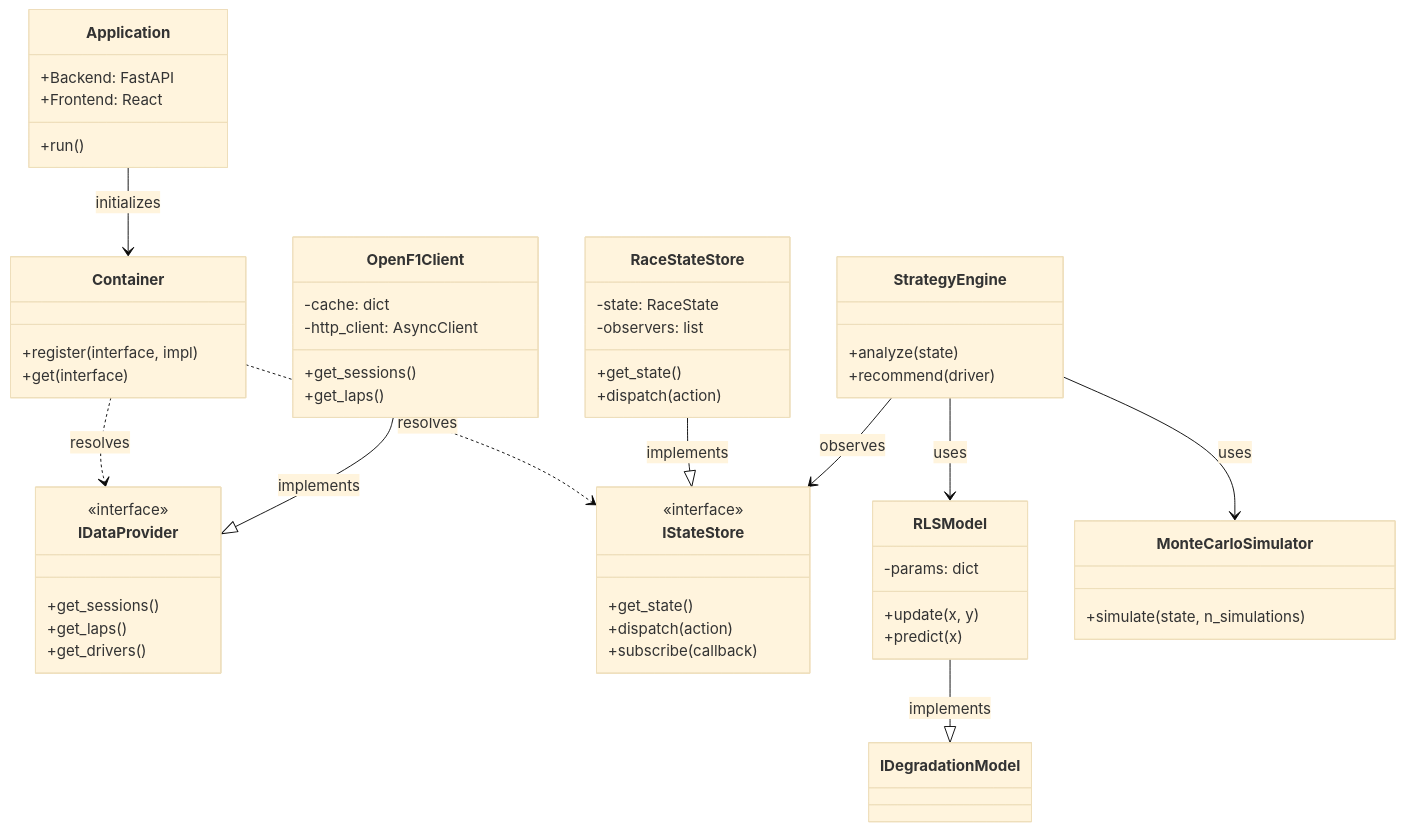
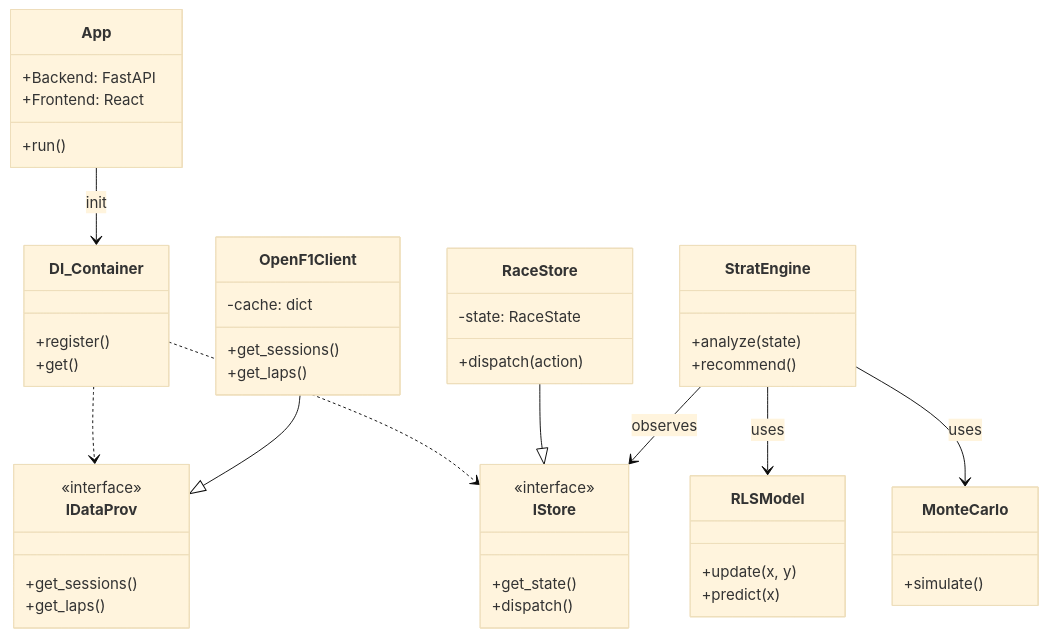
One commit to cagancaliskan/apex changed the third of 3 diagrams in wiki/Architecture.md. Above: the diagram before and after it, drawn with Mermaid (base theme). The commit also changed other lines of this file, not shown here.

Commit message:
docs: convert all diagrams to mermaid and fix overflow

````diff
--- a/wiki/Architecture.md
+++ b/wiki/Architecture.md
@@ -53,76 +95,68 @@
 ```mermaid
 classDiagram
     direction TB
 
     %% Application Core
-    class Application {
+    class App {
         +Backend: FastAPI
         +Frontend: React
         +run()
     }
 
-    class Container {
-        +register(interface, impl)
-        +get(interface)
+    class DI_Container {
+        +register()
+        +get()
     }
 
     %% Interfaces
-    class IDataProvider {
+    class IDataProv {
         <<interface>>
         +get_sessions()
         +get_laps()
-        +get_drivers()
     }
     
-    class IStateStore {
+    class IStore {
         <<interface>>
         +get_state()
-        +dispatch(action)
-        +subscribe(callback)
+        +dispatch()
     }
-
+    
     %% Implementations
     class OpenF1Client {
         -cache: dict
-        -http_client: AsyncClient
         +get_sessions()
         +get_laps()
     }
 
-    class RaceStateStore {
+    class RaceStore {
         -state: RaceState
-        -observers: list
-        +get_state()
         +dispatch(action)
     }
 
     %% Strategy Engine
-    class StrategyEngine {
+    class StratEngine {
         +analyze(state)
-        +recommend(driver)
+        +recommend()
     }
     
     class RLSModel {
-        -params: dict
         +update(x, y)
         +predict(x)
     }
 
-    class MonteCarloSimulator {
-        +simulate(state, n_simulations)
+    class MonteCarlo {
+        +simulate()
     }
 
     %% Relationships
-    Application --> Container : initializes
-    Container ..> IDataProvider : resolves
-    Container ..> IStateStore : resolves
+    App --> DI_Container : init
+    DI_Container ..> IDataProv
+    DI_Container ..> IStore
     
-    OpenF1Client --|> IDataProvider : implements
-    RaceStateStore --|> IStateStore : implements
+    OpenF1Client --|> IDataProv
+    RaceStore --|> IStore
     
-    StrategyEngine --> IStateStore : observes
-    StrategyEngine --> RLSModel : uses
-    StrategyEngine --> MonteCarloSimulator : uses
-    
-    RLSModel --|> IDegradationModel : implements
+    StratEngine --> IStore : observes
+    StratEngine --> RLSModel : uses
+    StratEngine --> MonteCarlo : uses
 ```
````
